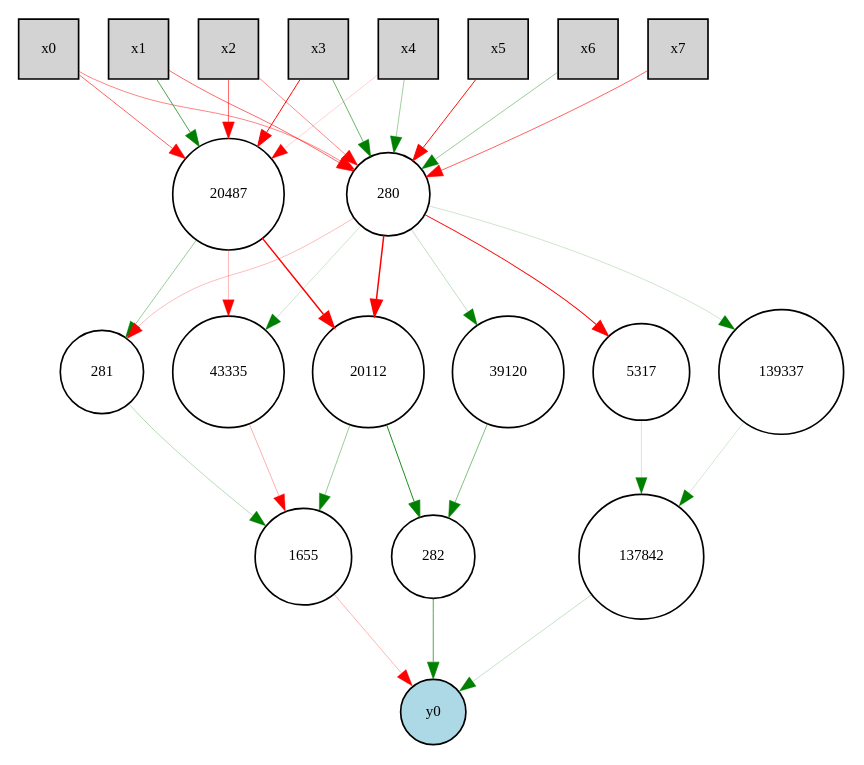
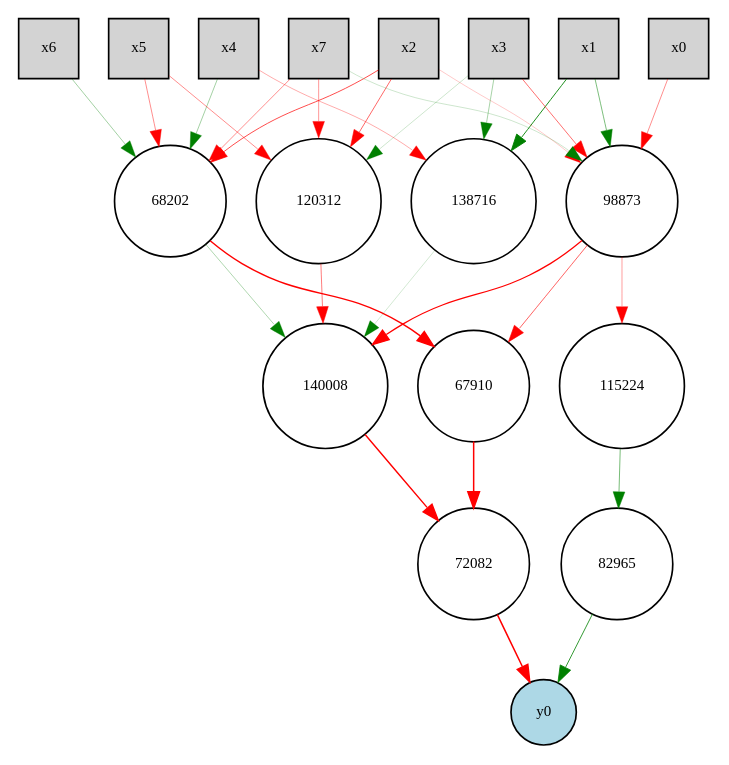
The diagram in Experiments/layered-fixedgoal/trial3.gv (samlurye/CS229-Final-Project), drawn with Graphviz before and after one commit. The commit also changed 5 other files, not shown here.

```diff
--- a/Experiments/layered-fixedgoal/trial3.gv
+++ b/Experiments/layered-fixedgoal/trial3.gv
@@ -1,55 +1,50 @@
 digraph {
 	node [fontsize=9 height=0.1 shape=circle width=0.1]
 	x0 [fillcolor=lightgray height=0.5 shape=box style=filled width=0.5]
 	x1 [fillcolor=lightgray height=0.5 shape=box style=filled width=0.5]
 	x2 [fillcolor=lightgray height=0.5 shape=box style=filled width=0.5]
 	x3 [fillcolor=lightgray height=0.5 shape=box style=filled width=0.5]
 	x4 [fillcolor=lightgray height=0.5 shape=box style=filled width=0.5]
 	x5 [fillcolor=lightgray height=0.5 shape=box style=filled width=0.5]
 	x6 [fillcolor=lightgray height=0.5 shape=box style=filled width=0.5]
 	x7 [fillcolor=lightgray height=0.5 shape=box style=filled width=0.5]
 	y0 [fillcolor=lightblue style=filled]
-	5317 [fillcolor=white style=filled]
-	43335 [fillcolor=white style=filled]
-	20487 [fillcolor=white style=filled]
-	139337 [fillcolor=white style=filled]
-	39120 [fillcolor=white style=filled]
-	20112 [fillcolor=white style=filled]
-	137842 [fillcolor=white style=filled]
-	1655 [fillcolor=white style=filled]
-	280 [fillcolor=white style=filled]
-	281 [fillcolor=white style=filled]
-	282 [fillcolor=white style=filled]
-	x5 -> 280 [color=red penwidth=0.5663064679148427 style=solid]
-	x1 -> 280 [color=red penwidth=0.3573204763401372 style=solid]
-	x0 -> 280 [color=red penwidth=0.29057318970811274 style=solid]
-	x4 -> 280 [color=green penwidth=0.23356287160391914 style=solid]
-	x6 -> 280 [color=green penwidth=0.23677646754662807 style=solid]
-	x7 -> 280 [color=red penwidth=0.37358169974481614 style=solid]
-	282 -> y0 [color=green penwidth=0.4104949075577744 style=solid]
-	x2 -> 280 [color=red penwidth=0.2786851644293262 style=solid]
-	281 -> 1655 [color=green penwidth=0.1675522010393754 style=solid]
-	1655 -> y0 [color=red penwidth=0.18130028934389741 style=solid]
-	280 -> 5317 [color=red penwidth=0.6051820139468763 style=solid]
-	280 -> 20112 [color=red penwidth=0.9 style=solid]
-	20112 -> 282 [color=green penwidth=0.5391354207779472 style=solid]
-	x2 -> 20487 [color=red penwidth=0.36210622711114726 style=solid]
-	20487 -> 20112 [color=red penwidth=0.8609554005425807 style=solid]
-	x3 -> 20487 [color=red penwidth=0.6026482196323989 style=solid]
-	20487 -> 281 [color=green penwidth=0.23538000709296725 style=solid]
-	x0 -> 20487 [color=red penwidth=0.3696490457052497 style=solid]
-	x1 -> 20487 [color=green penwidth=0.4250117490638906 style=solid]
-	280 -> 281 [color=red penwidth=0.16040613388434669 style=solid]
-	20112 -> 1655 [color=green penwidth=0.24058929860723174 style=solid]
-	280 -> 39120 [color=green penwidth=0.14610155997259924 style=solid]
-	39120 -> 282 [color=green penwidth=0.30232130285534986 style=solid]
-	x3 -> 280 [color=green penwidth=0.36426786498265573 style=solid]
-	280 -> 43335 [color=green penwidth=0.1165022544553033 style=solid]
-	43335 -> 1655 [color=red penwidth=0.18627818882537833 style=solid]
-	x4 -> 20487 [color=red penwidth=0.11467058912146931 style=solid]
-	20487 -> 43335 [color=red penwidth=0.1719745337460403 style=solid]
-	5317 -> 137842 [color=green penwidth=0.11040249865542323 style=solid]
-	137842 -> y0 [color=green penwidth=0.13593954326527785 style=solid]
-	280 -> 139337 [color=green penwidth=0.1170718656416713 style=solid]
-	139337 -> 137842 [color=green penwidth=0.10747791998138687 style=solid]
+	67910 [fillcolor=white style=filled]
+	140008 [fillcolor=white style=filled]
+	120312 [fillcolor=white style=filled]
+	68202 [fillcolor=white style=filled]
+	72082 [fillcolor=white style=filled]
+	82965 [fillcolor=white style=filled]
+	115224 [fillcolor=white style=filled]
+	98873 [fillcolor=white style=filled]
+	138716 [fillcolor=white style=filled]
+	x7 -> 68202 [color=red penwidth=0.2727893927778766 style=solid]
+	68202 -> 67910 [color=red penwidth=0.8748977801283653 style=solid]
+	x4 -> 68202 [color=green penwidth=0.22482922419645535 style=solid]
+	67910 -> 72082 [color=red penwidth=0.9 style=solid]
+	72082 -> y0 [color=red penwidth=0.9 style=solid]
+	x6 -> 68202 [color=green penwidth=0.22303509784728387 style=solid]
+	82965 -> y0 [color=green penwidth=0.4831261511028856 style=solid]
+	x2 -> 68202 [color=red penwidth=0.41984937000725275 style=solid]
+	x5 -> 68202 [color=red penwidth=0.2687280567837848 style=solid]
+	x1 -> 98873 [color=green penwidth=0.3146647281594752 style=solid]
+	98873 -> 67910 [color=red penwidth=0.3730197130658667 style=solid]
+	98873 -> 115224 [color=red penwidth=0.23412213205766397 style=solid]
+	115224 -> 82965 [color=green penwidth=0.3242908035197146 style=solid]
+	x0 -> 98873 [color=red penwidth=0.27391454621397693 style=solid]
+	x3 -> 98873 [color=red penwidth=0.33922737026579797 style=solid]
+	x3 -> 120312 [color=green penwidth=0.12024354667585785 style=solid]
+	x4 -> 138716 [color=red penwidth=0.1967470172386513 style=solid]
+	x5 -> 120312 [color=red penwidth=0.2708103483552737 style=solid]
+	68202 -> 140008 [color=green penwidth=0.19015125069170236 style=solid]
+	x3 -> 138716 [color=green penwidth=0.2076000981237343 style=solid]
+	x7 -> 120312 [color=red penwidth=0.2515623798661496 style=solid]
+	x1 -> 138716 [color=green penwidth=0.5321278640651134 style=solid]
+	x2 -> 120312 [color=red penwidth=0.3626623320131678 style=solid]
+	138716 -> 140008 [color=green penwidth=0.11019092100819444 style=solid]
+	120312 -> 140008 [color=red penwidth=0.31086516183452506 style=solid]
+	98873 -> 140008 [color=red penwidth=0.7424148918680087 style=solid]
+	140008 -> 72082 [color=red penwidth=0.84185792317931 style=solid]
+	x7 -> 98873 [color=green penwidth=0.11853964013175086 style=solid]
+	x2 -> 98873 [color=red penwidth=0.1328257436884263 style=solid]
 }
```
